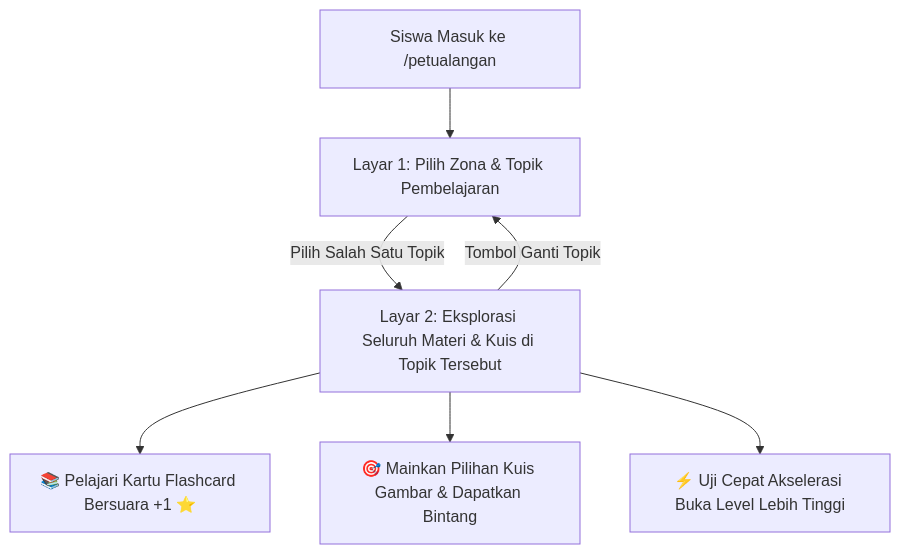
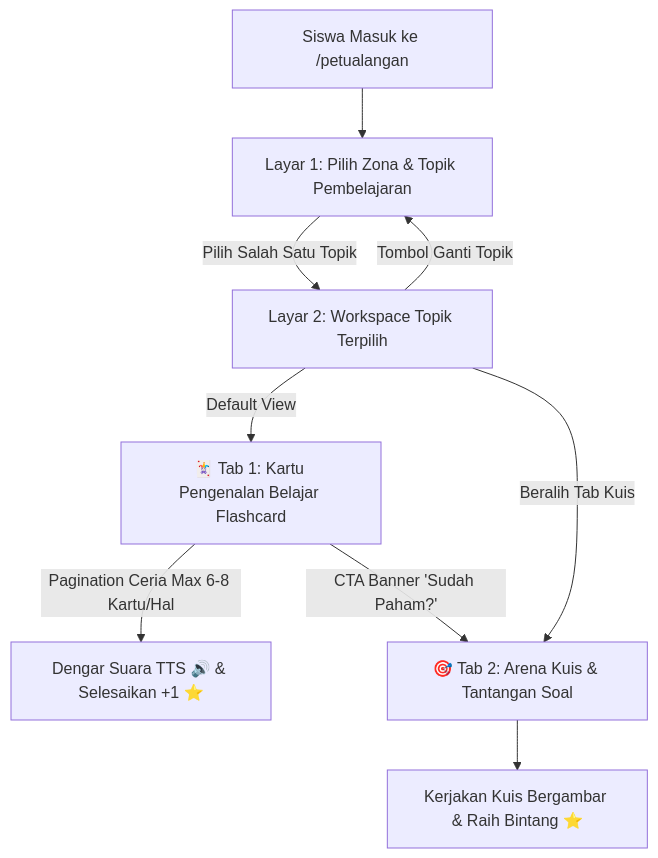
The first of 2 diagrams in PRD-kuy-belajar.md (iqbalfaf/YukBelajar-PAUD), drawn with Mermaid before and after one commit. The commit also changed other lines of this file, not shown here.

Commit message:
docs: update PRD with Flashcard-First student flow, Kids-Friendly Pagination, and 42-sticker tier progression

````diff
--- a/PRD-kuy-belajar.md
+++ b/PRD-kuy-belajar.md
@@ -101,9 +101,11 @@
 ```mermaid
 flowchart TD
     A[Siswa Masuk ke /petualangan] --> B[Layar 1: Pilih Zona & Topik Pembelajaran]
-    B -->|Pilih Salah Satu Topik| C[Layar 2: Eksplorasi Seluruh Materi & Kuis di Topik Tersebut]
-    C --> D1[📚 Pelajari Kartu Flashcard Bersuara +1 ⭐]
-    C --> D2[🎯 Mainkan Pilihan Kuis Gambar & Dapatkan Bintang]
-    C --> D3[⚡ Uji Cepat Akselerasi Buka Level Lebih Tinggi]
+    B -->|Pilih Salah Satu Topik| C[Layar 2: Workspace Topik Terpilih]
+    C -->|Default View| D1[🃏 Tab 1: Kartu Pengenalan Belajar Flashcard]
+    D1 -->|Pagination Ceria Max 6-8 Kartu/Hal| D1A[Dengar Suara TTS 🔊 & Selesaikan +1 ⭐]
+    D1 -->|CTA Banner 'Sudah Paham?'| D2[🎯 Tab 2: Arena Kuis & Tantangan Soal]
+    C -->|Beralih Tab Kuis| D2
+    D2 --> D2A[Kerjakan Kuis Bergambar & Raih Bintang ⭐]
     C -->|Tombol Ganti Topik| B
 ```
````
